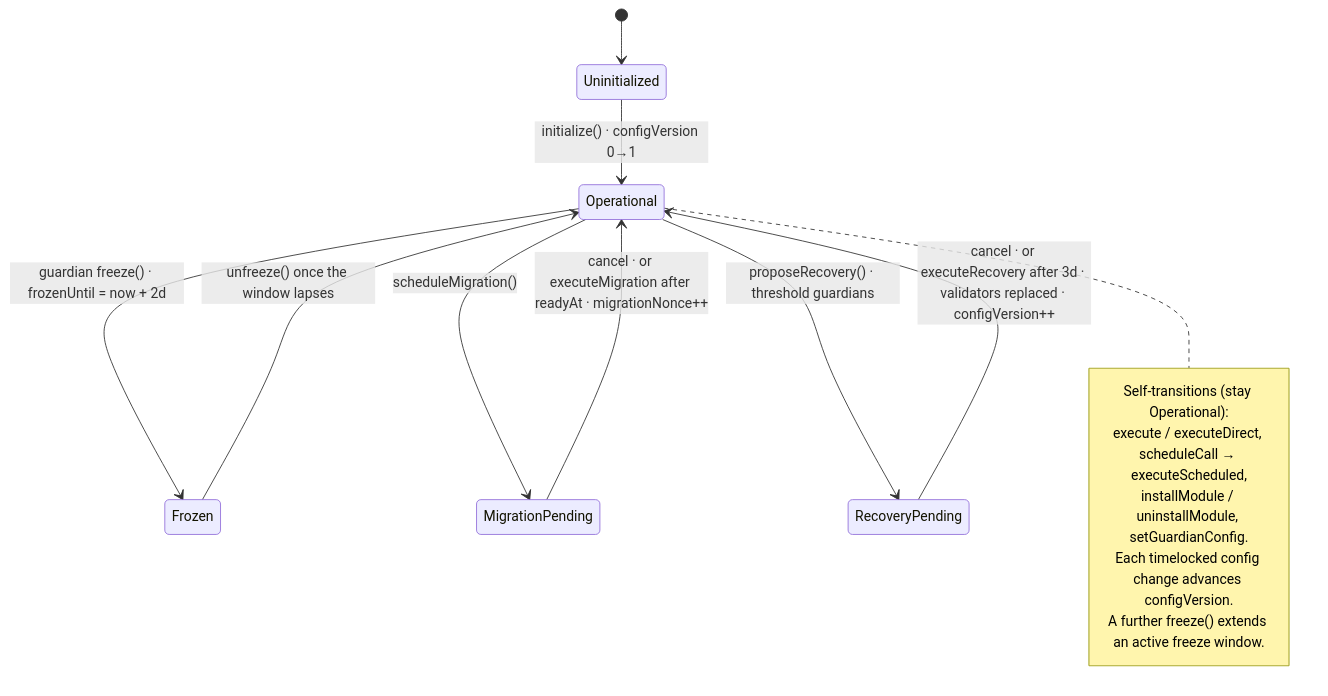
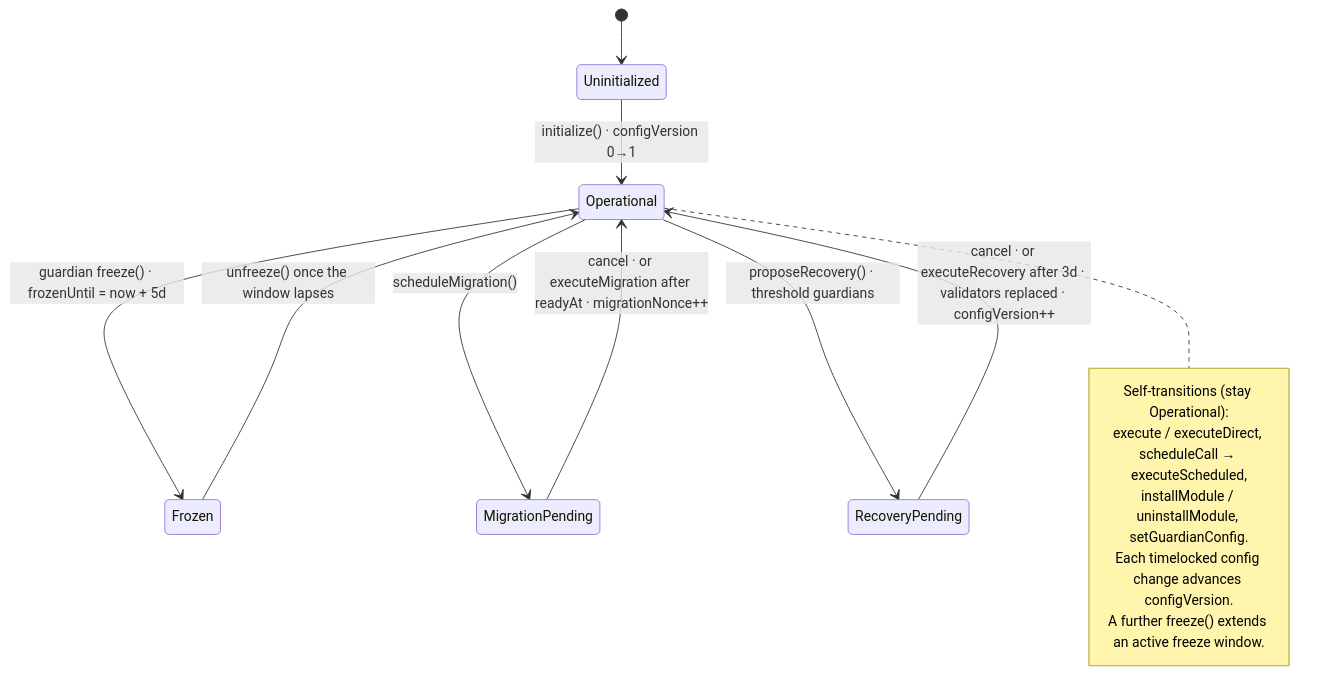
The diagram in docs/design/lifecycle.md (emirongrr/loom), drawn with Mermaid before and after one commit. The commit also changed other lines of this file and 9 other files, not shown here.

First line of the commit message:
fix(account): make the guardian freeze outlast the recovery it protects

````diff
--- a/docs/design/lifecycle.md
+++ b/docs/design/lifecycle.md
@@ -25,23 +25,23 @@
 ```mermaid
 stateDiagram-v2
     direction TB
     [*] --> Uninitialized
     Uninitialized --> Operational: initialize() · configVersion 0→1
 
-    Operational --> Frozen: guardian freeze() · frozenUntil = now + 2d
+    Operational --> Frozen: guardian freeze() · frozenUntil = now + 5d
     Frozen --> Operational: unfreeze() once the window lapses
 
     Operational --> MigrationPending: scheduleMigration()
     MigrationPending --> Operational: cancel · or executeMigration after readyAt · migrationNonce++
 
     Operational --> RecoveryPending: proposeRecovery() · threshold guardians
     RecoveryPending --> Operational: cancel · or executeRecovery after 3d · validators replaced · configVersion++
 
     note right of Operational
         Self-transitions (stay Operational):
         execute / executeDirect, scheduleCall → executeScheduled,
         installModule / uninstallModule, setGuardianConfig.
         Each timelocked config change advances configVersion.
         A further freeze() extends an active freeze window.
     end note
 ```
````
